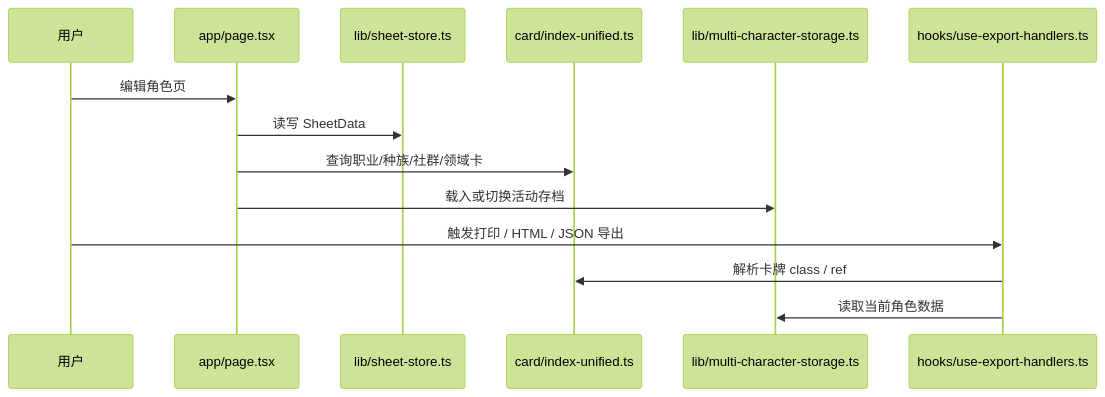
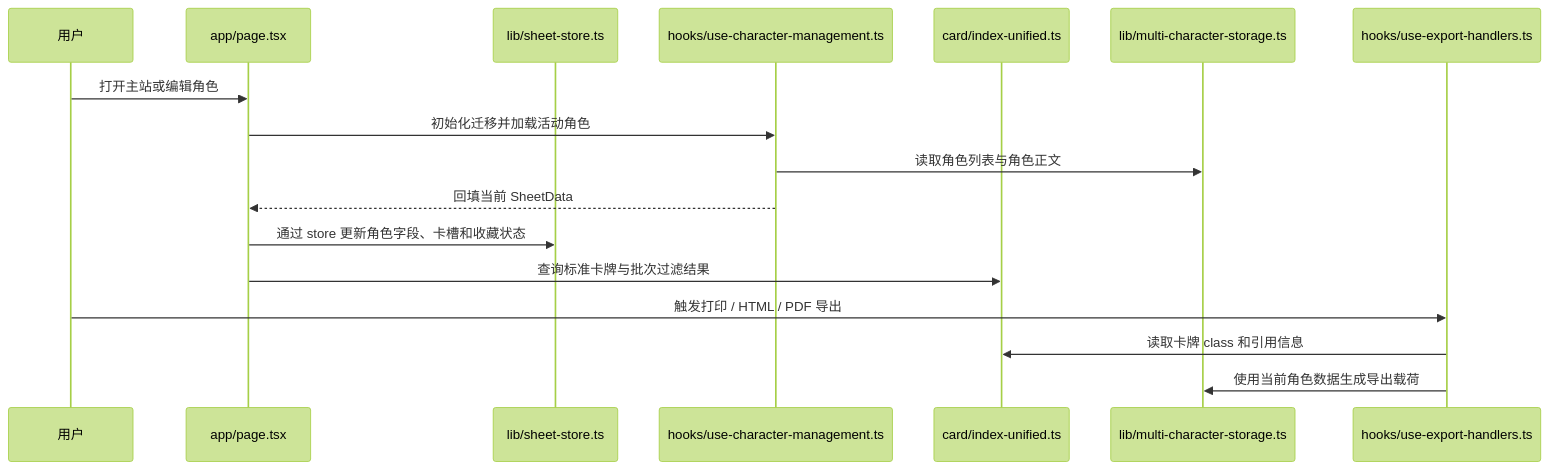
One commit to autumn-moon-py/Edgerunners-CharacterSheet changed the second of 5 diagrams in .nexus-map/arch/dependencies.md. Above: the diagram before and after it, drawn with Mermaid (forest theme). The commit also changed other lines of this file and 90 other files, not shown here.

````diff
--- a/.nexus-map/arch/dependencies.md
+++ b/.nexus-map/arch/dependencies.md
@@ -29,17 +40,20 @@
 ```mermaid
 sequenceDiagram
   participant User as 用户
   participant Home as app/page.tsx
   participant Sheet as lib/sheet-store.ts
-  participant Cards as card/index-unified.ts
-  participant Data as lib/multi-character-storage.ts
+  participant Characters as hooks/use-character-management.ts
+  participant Runtime as card/index-unified.ts
+  participant Interop as lib/multi-character-storage.ts
   participant Export as hooks/use-export-handlers.ts
 
-  User->>Home: 编辑角色页
-  Home->>Sheet: 读写 SheetData
-  Home->>Cards: 查询职业/种族/社群/领域卡
-  Home->>Data: 载入或切换活动存档
-  User->>Export: 触发打印 / HTML / JSON 导出
-  Export->>Cards: 解析卡牌 class / ref
-  Export->>Data: 读取当前角色数据
+  User->>Home: 打开主站或编辑角色
+  Home->>Characters: 初始化迁移并加载活动角色
+  Characters->>Interop: 读取角色列表与角色正文
+  Characters-->>Home: 回填当前 SheetData
+  Home->>Sheet: 通过 store 更新角色字段、卡槽和收藏状态
+  Home->>Runtime: 查询标准卡牌与批次过滤结果
+  User->>Export: 触发打印 / HTML / PDF 导出
+  Export->>Runtime: 读取卡牌 class 和引用信息
+  Export->>Interop: 使用当前角色数据生成导出载荷
 ```
````
